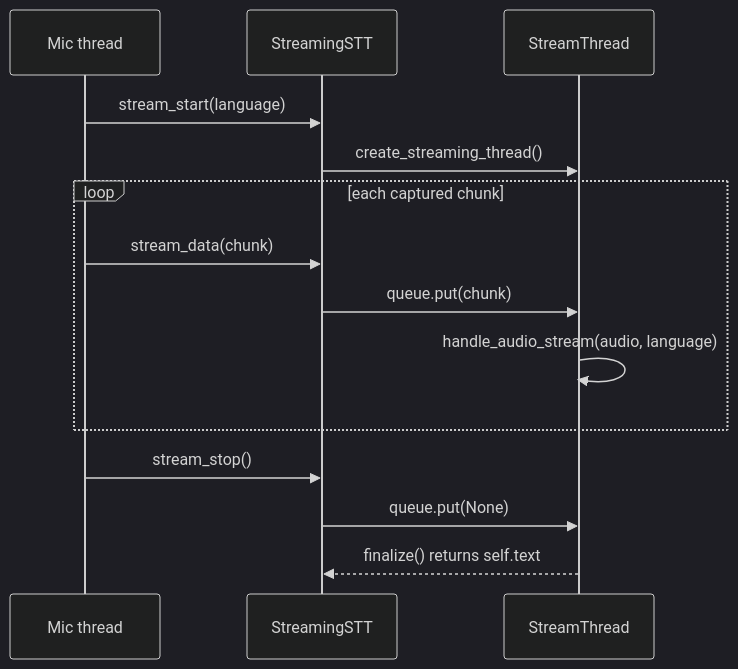
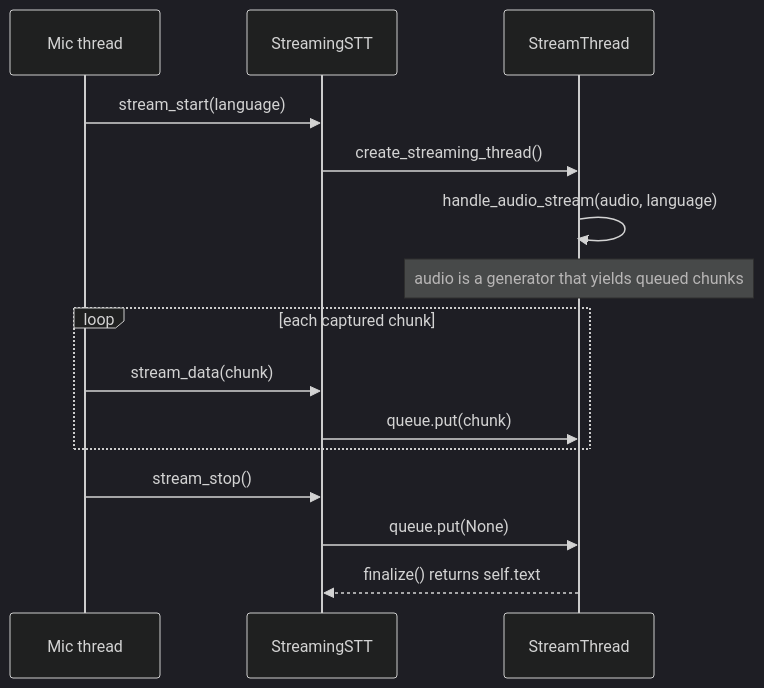
The diagram in docs/stt-plugin-development.md (OpenVoiceOS/beta-technical-manual), drawn with Mermaid (dark theme) before and after one commit. The commit also changed other lines of this file and 1 other file, not shown here.

Commit message:
docs: correct streaming-STT diagram and boot-finished skill_id
StreamThread.run() calls handle_audio_stream exactly once with the
_get_data() generator, so the diagram must not place that call inside
the per-chunk loop. The page prose already described it correctly.

The boot-finished skill_id is ovos-skill-boot-finished.openvoiceos;
the two hyphenated segments were swapped in three places.

````diff
--- a/docs/stt-plugin-development.md
+++ b/docs/stt-plugin-development.md
@@ -79,16 +79,17 @@
 ```mermaid
 sequenceDiagram
     participant Mic as Mic thread
     participant STT as StreamingSTT
     participant Thread as StreamThread
     Mic->>STT: stream_start(language)
     STT->>Thread: create_streaming_thread()
+    Thread->>Thread: handle_audio_stream(audio, language)
+    Note over Thread: audio is a generator that yields queued chunks
     loop each captured chunk
         Mic->>STT: stream_data(chunk)
         STT->>Thread: queue.put(chunk)
-        Thread->>Thread: handle_audio_stream(audio, language)
     end
     Mic->>STT: stream_stop()
     STT->>Thread: queue.put(None)
     Thread-->>STT: finalize() returns self.text
 ```
````
